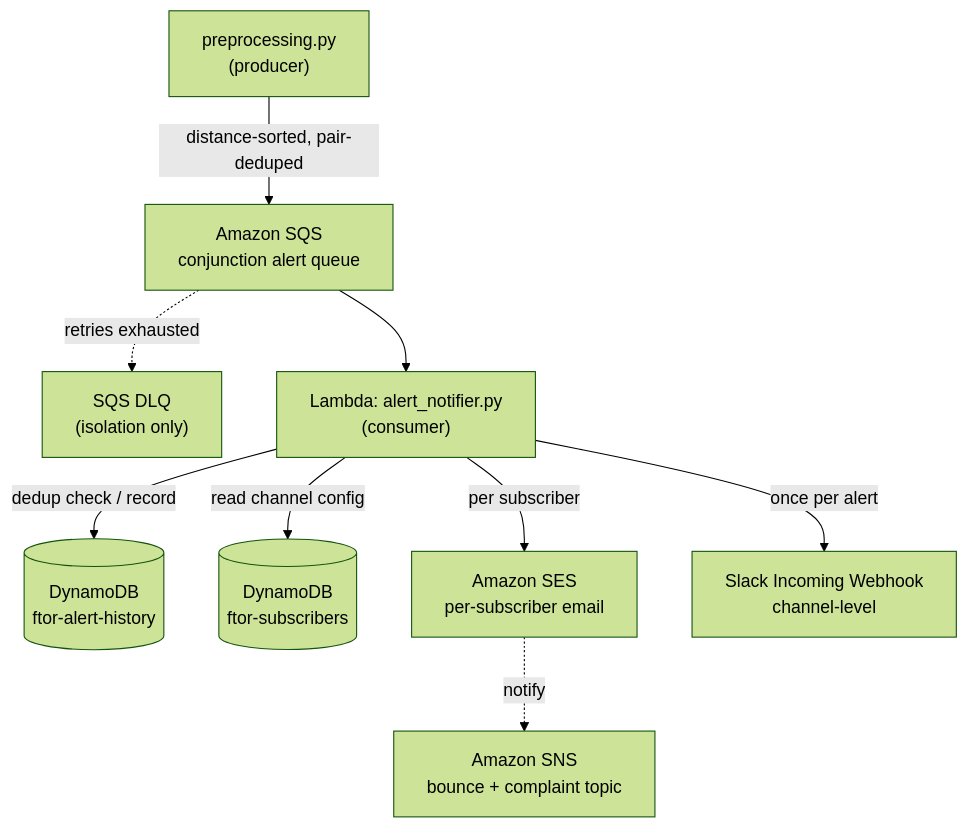
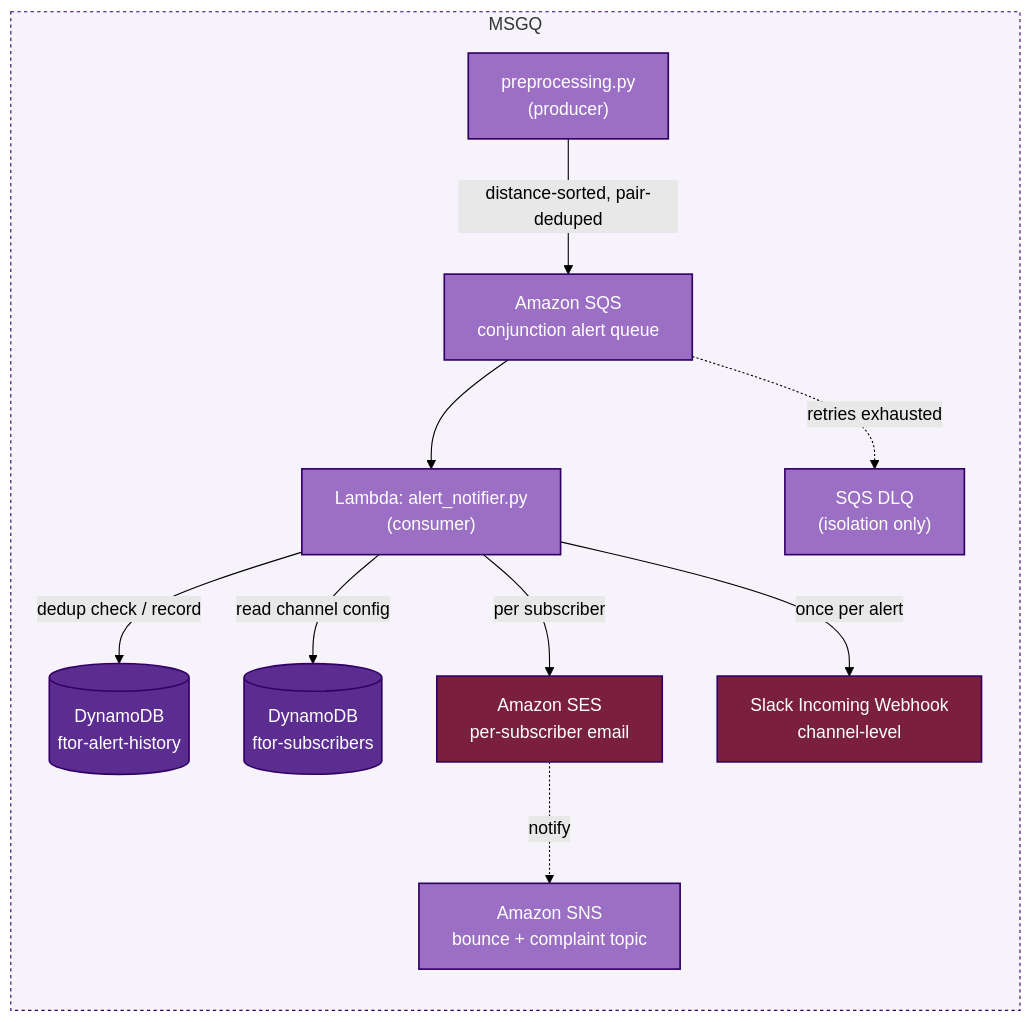
The third of 3 diagrams in README_KR.md (karmakaryx/follow-the-orbit-rabbit), drawn with Mermaid (forest theme) before and after one commit. The commit also changed other lines of this file and 1 other file, not shown here.

Commit message:
docs: add mermaid charts

````diff
--- a/README_KR.md
+++ b/README_KR.md
@@ -160,21 +189,33 @@
 ```mermaid
 flowchart TD
-    PRE["preprocessing.py<br/>(producer)"]
-    SQS["Amazon SQS<br/>conjunction alert queue"]
-    DLQ["SQS DLQ<br/>(isolation only)"]
-    LAMBDA["Lambda: alert_notifier.py<br/>(consumer)"]
-    HIST[("DynamoDB<br/>ftor-alert-history")]
-    SUBS[("DynamoDB<br/>ftor-subscribers")]
-    SES["Amazon SES<br/>per-subscriber email"]
-    SNS["Amazon SNS<br/>bounce + complaint topic"]
-    SLACK["Slack Incoming Webhook<br/>channel-level"]
+    classDef process fill:#9b6fc4,stroke:#330066,stroke-width:1.5px,color:#ffffff;
+    classDef store fill:#5c2d91,stroke:#330066,stroke-width:1.5px,color:#ffffff;
+    classDef alert fill:#7a1f3d,stroke:#330066,stroke-width:1.5px,color:#ffffff;
 
-    PRE -->|"distance-sorted, pair-deduped"| SQS
-    SQS --> LAMBDA
-    SQS -.->|retries exhausted| DLQ
-    LAMBDA -->|dedup check / record| HIST
-    LAMBDA -->|read channel config| SUBS
-    LAMBDA -->|per subscriber| SES
-    LAMBDA -->|once per alert| SLACK
-    SES -.->|notify| SNS
+    subgraph body["MSGQ"]
+        direction TD
+        PRE["preprocessing.py<br/>(producer)"]
+        SQS["Amazon SQS<br/>conjunction alert queue"]
+        DLQ["SQS DLQ<br/>(isolation only)"]
+        LAMBDA["Lambda: alert_notifier.py<br/>(consumer)"]
+        HIST[("DynamoDB<br/>ftor-alert-history")]
+        SUBS[("DynamoDB<br/>ftor-subscribers")]
+        SES["Amazon SES<br/>per-subscriber email"]
+        SNS["Amazon SNS<br/>bounce + complaint topic"]
+        SLACK["Slack Incoming Webhook<br/>channel-level"]
+
+        PRE -->|"distance-sorted, pair-deduped"| SQS
+        SQS --> LAMBDA
+        SQS -.->|retries exhausted| DLQ
+        LAMBDA -->|dedup check / record| HIST
+        LAMBDA -->|read channel config| SUBS
+        LAMBDA -->|per subscriber| SES
+        LAMBDA -->|once per alert| SLACK
+        SES -.->|notify| SNS
+    end
+
+    class PRE,SQS,DLQ,LAMBDA,SNS process
+    class HIST,SUBS store
+    class SES,SLACK alert
+    style body fill:#f7f3fb,stroke:#330066,stroke-width:1px,stroke-dasharray: 3 3
 ```
````
